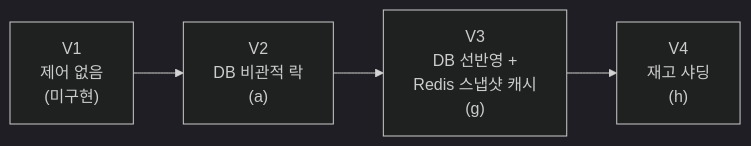
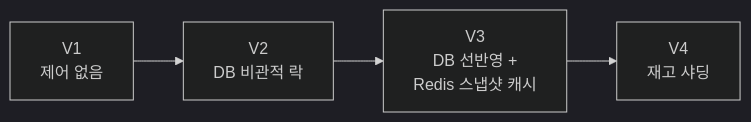
Before and after one commit to Mealiver-IT/Mealiver-IT-BE: the first of 2 diagrams in README.md, drawn with Mermaid (dark theme). The commit also changed other lines of this file, not shown here.

````diff
--- a/README.md
+++ b/README.md
@@ -176,4 +150,4 @@
 ```mermaid
 flowchart LR
-    V1["V1<br/>제어 없음<br/>(미구현)"] --> V2["V2<br/>DB 비관적 락<br/>(a)"] --> V3["V3<br/>DB 선반영 +<br/>Redis 스냅샷 캐시<br/>(g)"] --> V4["V4<br/>재고 샤딩<br/>(h)"]
+    V1["V1<br/>제어 없음"] --> V2["V2<br/>DB 비관적 락"] --> V3["V3<br/>DB 선반영 +<br/>Redis 스냅샷 캐시"] --> V4["V4<br/>재고 샤딩"]
 ```
````
